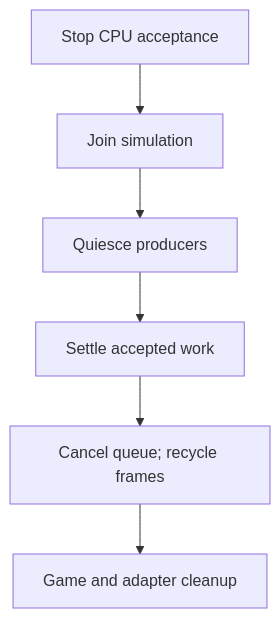
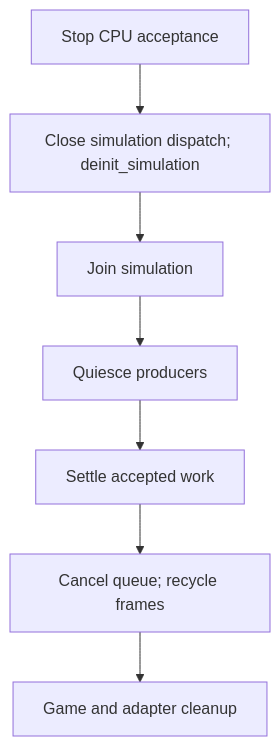
One commit to cppcooper/cheryl-engine changed the third of 3 diagrams in docs/site/runtime/runtime-frame-boundary.md. Above: the diagram before and after it, drawn with Mermaid. The commit also changed other lines of this file and 50 other files, not shown here.

First line of the commit message:
Adds platform and simulation lifecycle hooks

````diff
--- a/docs/site/runtime/runtime-frame-boundary.md
+++ b/docs/site/runtime/runtime-frame-boundary.md
@@ -303,10 +314,11 @@
 ```mermaid
 flowchart TB
     accTitle: Runtime shutdown phases
-    accDescr: Stop closes CPU-group acceptance, simulation finishes while platform dependencies are serviced, producers quiesce, accepted CPU work settles, frames recycle and game cleanup precedes adapter shutdown.
-    stop["Stop CPU acceptance"] --> join["Join simulation"]
+    accDescr: Stop closes CPU-group acceptance, simulation cleans up on its owner while platform dependencies are serviced, producers quiesce, accepted CPU work settles, frames recycle and platform game cleanup precedes adapter shutdown.
+    stop["Stop CPU acceptance"] --> sim_cleanup["Close simulation dispatch; deinit_simulation"]
+    sim_cleanup --> join["Join simulation"]
     join --> quiesce["Quiesce producers"]
     quiesce --> settle["Settle accepted work"]
     settle --> recycle["Cancel queue; recycle frames"]
     recycle --> cleanup["Game and adapter cleanup"]
 ```
````
